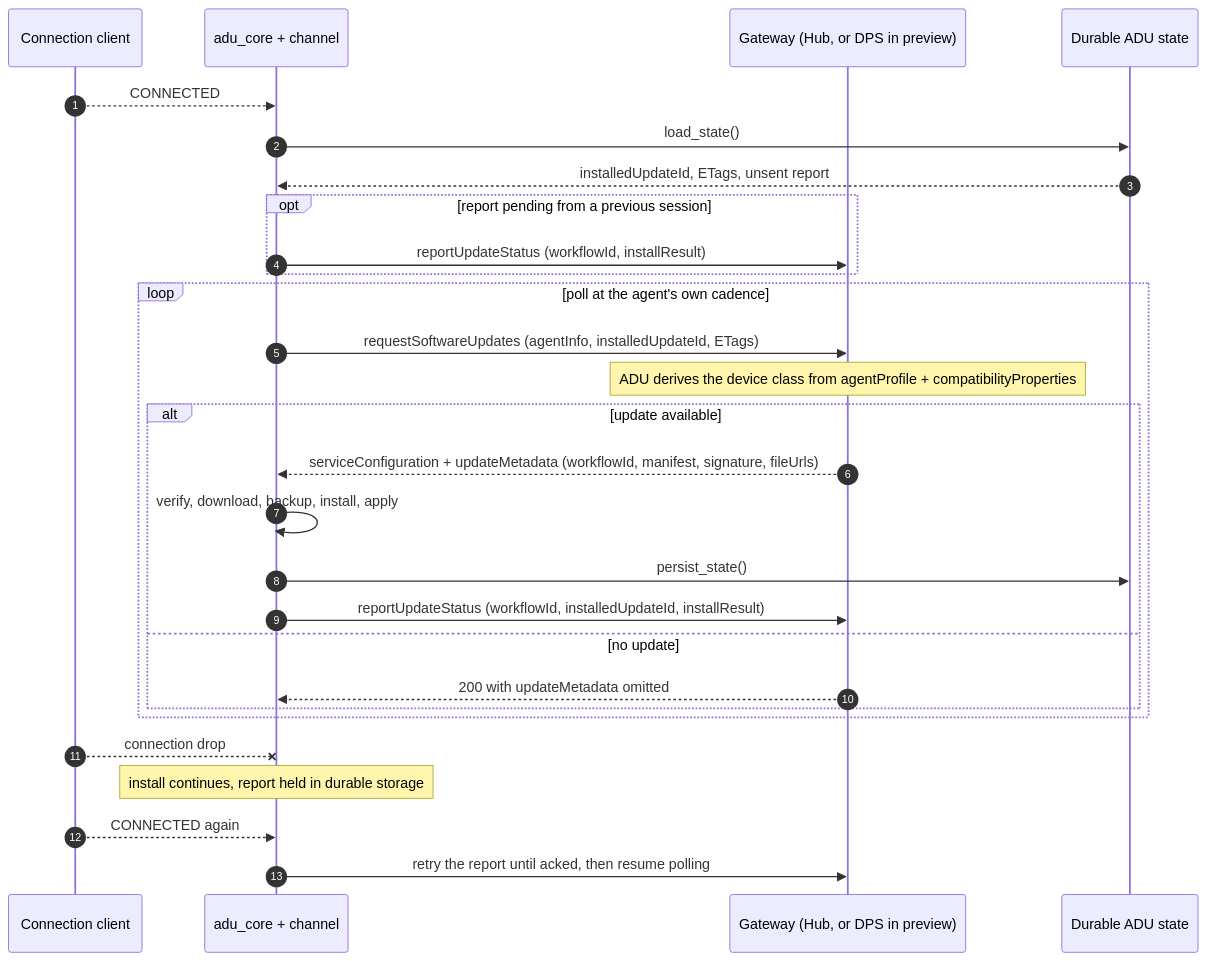
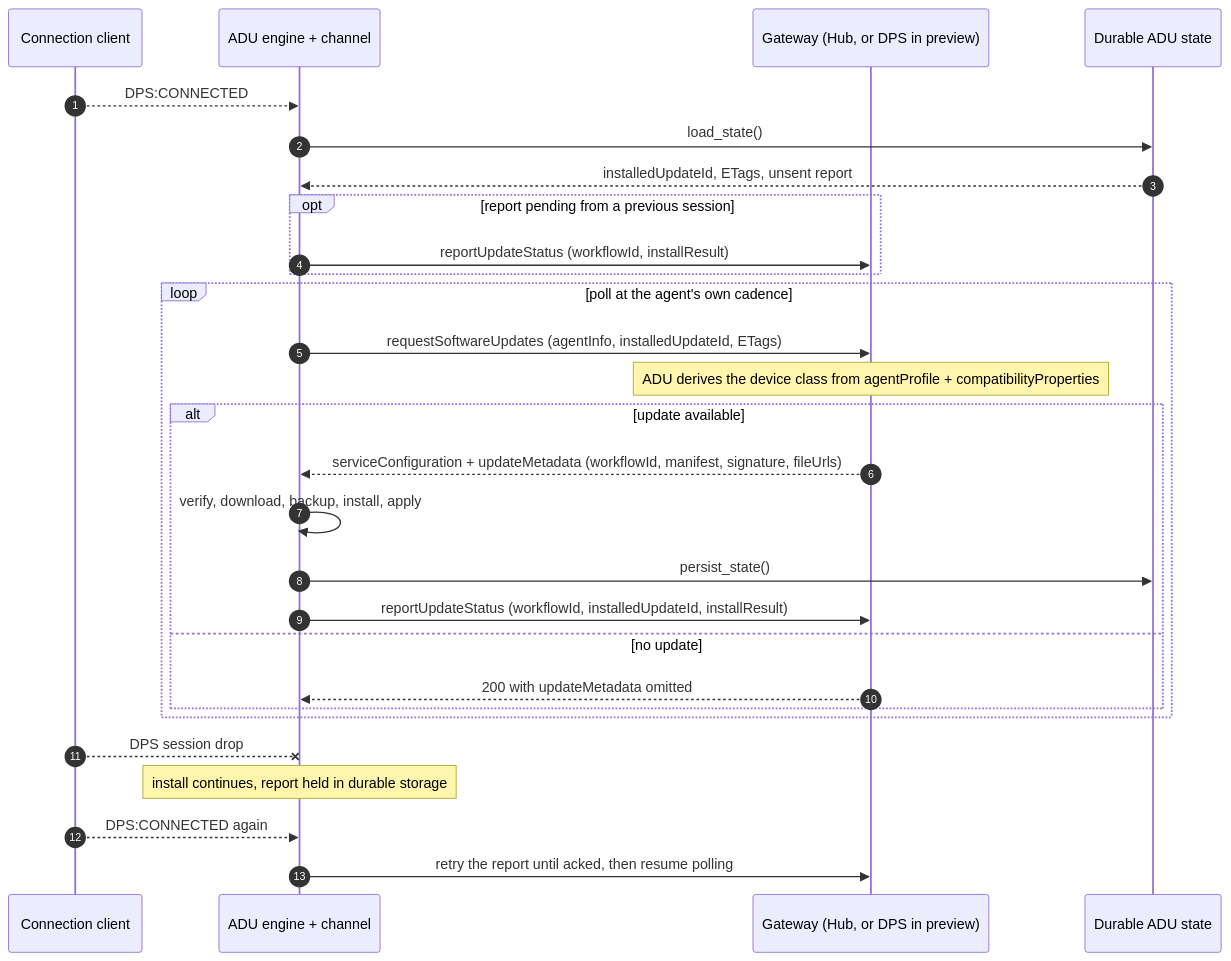
The eighth of 9 diagrams in c/docs/eng/connection-c.md (Azure/azure-iot-sdk), drawn with Mermaid before and after one commit. The commit also changed other lines of this file and 2 other files, not shown here.

First line of the commit message:
docs: align the lifecycle with the provisioning-session model

````diff
--- a/c/docs/eng/connection-c.md
+++ b/c/docs/eng/connection-c.md
@@ -611,33 +626,33 @@
 ```mermaid
 sequenceDiagram
     autonumber
     participant Conn as Connection client
-    participant ADU as adu_core + channel
+    participant ADU as ADU engine + channel
     participant GW as Gateway (Hub, or DPS in preview)
     participant Store as Durable ADU state
 
-    Conn-->>ADU: CONNECTED
+    Conn-->>ADU: DPS:CONNECTED
     ADU->>Store: load_state()
     Store-->>ADU: installedUpdateId, ETags, unsent report
     opt report pending from a previous session
         ADU->>GW: reportUpdateStatus (workflowId, installResult)
     end
 
     loop poll at the agent's own cadence
         ADU->>GW: requestSoftwareUpdates (agentInfo, installedUpdateId, ETags)
         Note over GW: ADU derives the device class from agentProfile + compatibilityProperties
         alt update available
             GW-->>ADU: serviceConfiguration + updateMetadata (workflowId, manifest, signature, fileUrls)
             ADU->>ADU: verify, download, backup, install, apply
             ADU->>Store: persist_state()
             ADU->>GW: reportUpdateStatus (workflowId, installedUpdateId, installResult)
         else no update
             GW-->>ADU: 200 with updateMetadata omitted
         end
     end
 
-    Conn--xADU: connection drop
+    Conn--xADU: DPS session drop
     Note over ADU: install continues, report held in durable storage
-    Conn-->>ADU: CONNECTED again
+    Conn-->>ADU: DPS:CONNECTED again
     ADU->>GW: retry the report until acked, then resume polling
 ```
````
